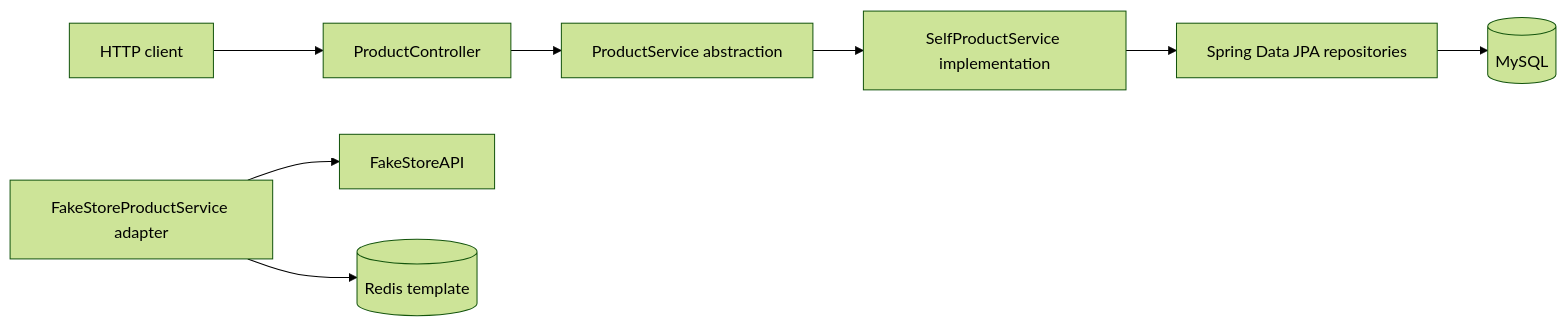
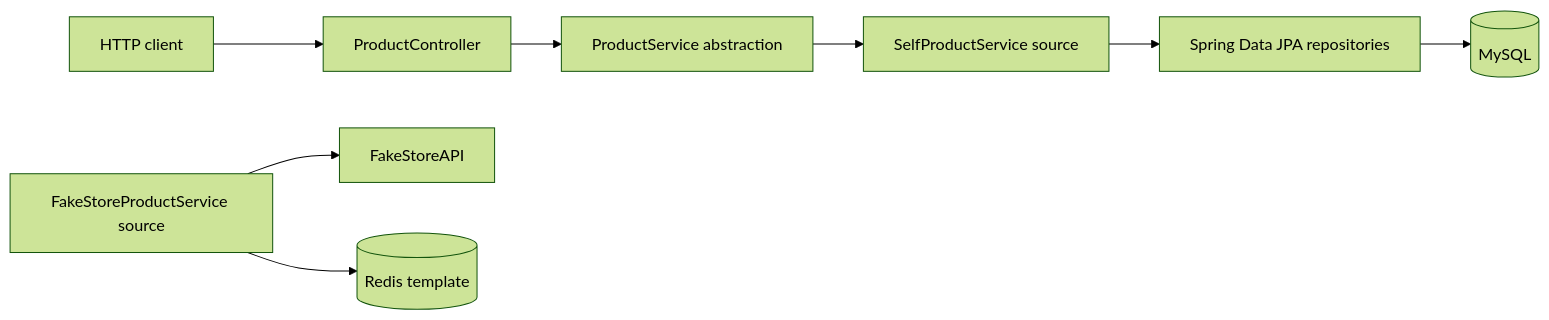
One commit to FaiazS/ScalerEcommerceProject changed the diagram in README.md. Above: the diagram before and after it, drawn with Mermaid (forest theme). The commit also changed other lines of this file, not shown here.

````diff
--- a/README.md
+++ b/README.md
@@ -41,10 +51,10 @@
 ```mermaid
 flowchart LR
     Client[HTTP client] --> Controller[ProductController]
-    Controller --> Service[ProductService abstraction]
-    Service --> JPA[SelfProductService implementation]
-    JPA --> Repo[Spring Data JPA repositories]
-    Repo --> DB[(MySQL)]
-    Adapter[FakeStoreProductService adapter] --> API[FakeStoreAPI]
-    Adapter --> Cache[(Redis template)]
+    Controller --> ProductService[ProductService abstraction]
+    ProductService --> SelfService[SelfProductService source]
+    SelfService --> Repository[Spring Data JPA repositories]
+    Repository --> MySQL[(MySQL)]
+    FakeStoreAdapter[FakeStoreProductService source] --> FakeStore[FakeStoreAPI]
+    FakeStoreAdapter --> Redis[(Redis template)]
 ```
````
